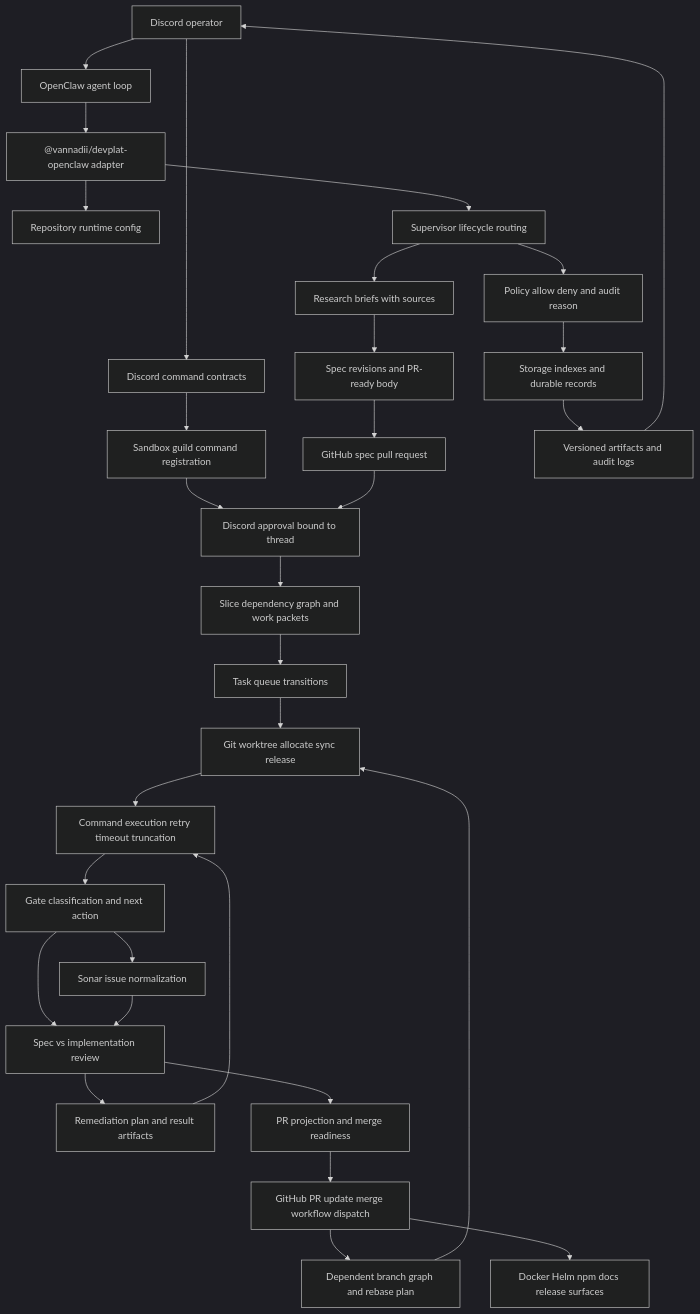
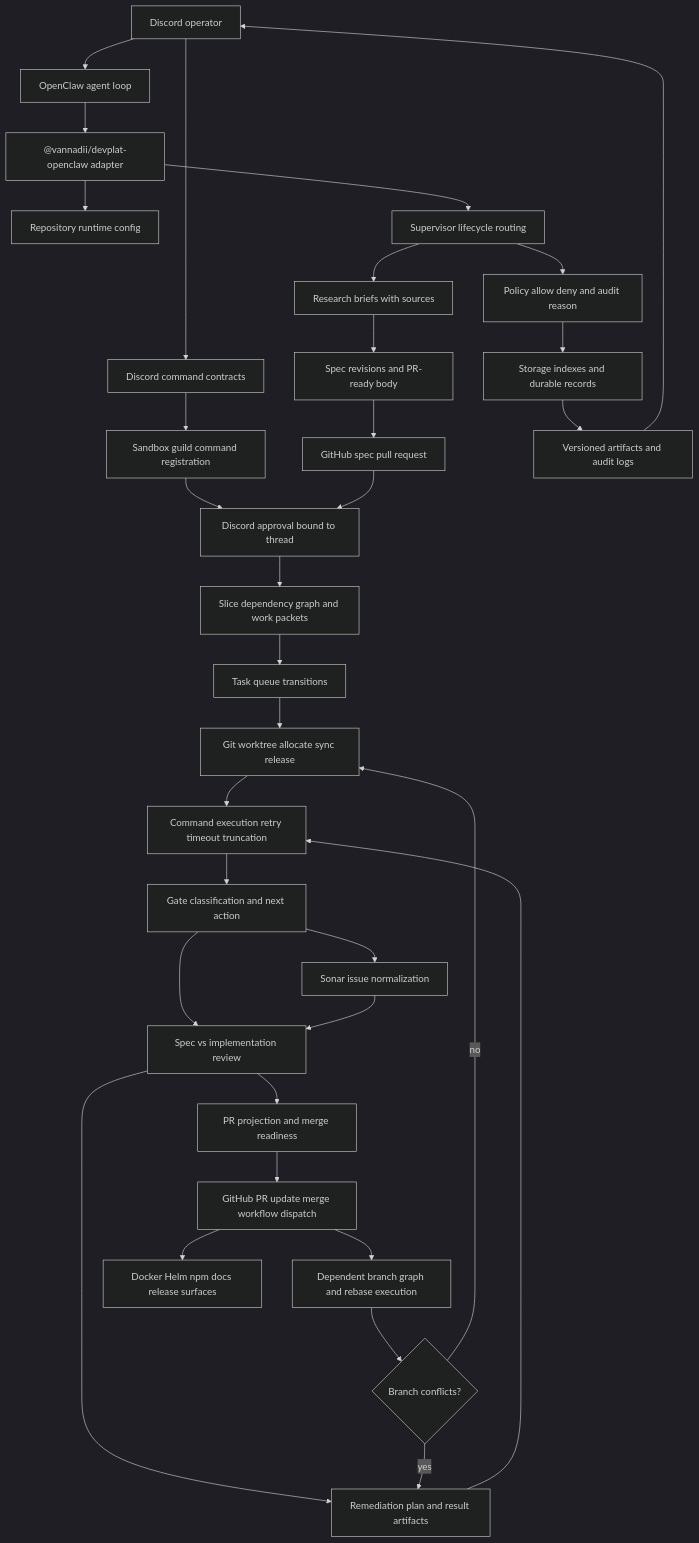
The diagram in README.md (VannaDii/ironloom), drawn with Mermaid (dark theme) before and after one commit. The commit also changed other lines of this file and 168 other files, not shown here.

First line of the commit message:
fix: project dependent branch conflicts (#60)

````diff
--- a/README.md
+++ b/README.md
@@ -14,33 +14,35 @@
 ```mermaid
 flowchart TD
   Operator[Discord operator] --> OpenClaw[OpenClaw agent loop]
   Operator --> Commands[Discord command contracts]
   Commands --> DiscordGuild[Sandbox guild command registration]
   DiscordGuild --> Approval
   OpenClaw --> Adapter["@vannadii/devplat-openclaw adapter"]
   Adapter --> Config[Repository runtime config]
   Adapter --> Supervisor[Supervisor lifecycle routing]
   Supervisor --> Policy[Policy allow deny and audit reason]
   Policy --> Storage[Storage indexes and durable records]
   Supervisor --> Research[Research briefs with sources]
   Research --> Specs[Spec revisions and PR-ready body]
   Specs --> GitHubSpec[GitHub spec pull request]
   GitHubSpec --> Approval[Discord approval bound to thread]
   Approval --> Slicing[Slice dependency graph and work packets]
   Slicing --> Queue[Task queue transitions]
   Queue --> Worktrees[Git worktree allocate sync release]
   Worktrees --> Execution[Command execution retry timeout truncation]
   Execution --> Gates[Gate classification and next action]
   Gates --> Sonar[Sonar issue normalization]
   Gates --> Review[Spec vs implementation review]
   Sonar --> Review
   Review --> Remediation[Remediation plan and result artifacts]
   Remediation --> Execution
   Review --> PRs[PR projection and merge readiness]
   PRs --> GitHubPR[GitHub PR update merge workflow dispatch]
-  GitHubPR --> Branching[Dependent branch graph and rebase plan]
-  Branching --> Worktrees
+  GitHubPR --> Branching[Dependent branch graph and rebase execution]
+  Branching --> Conflict{Branch conflicts?}
+  Conflict -->|yes| Remediation
+  Conflict -->|no| Worktrees
   GitHubPR --> Publishing[Docker Helm npm docs release surfaces]
   Storage --> Artifacts[Versioned artifacts and audit logs]
   Artifacts --> Operator
 ```
````
